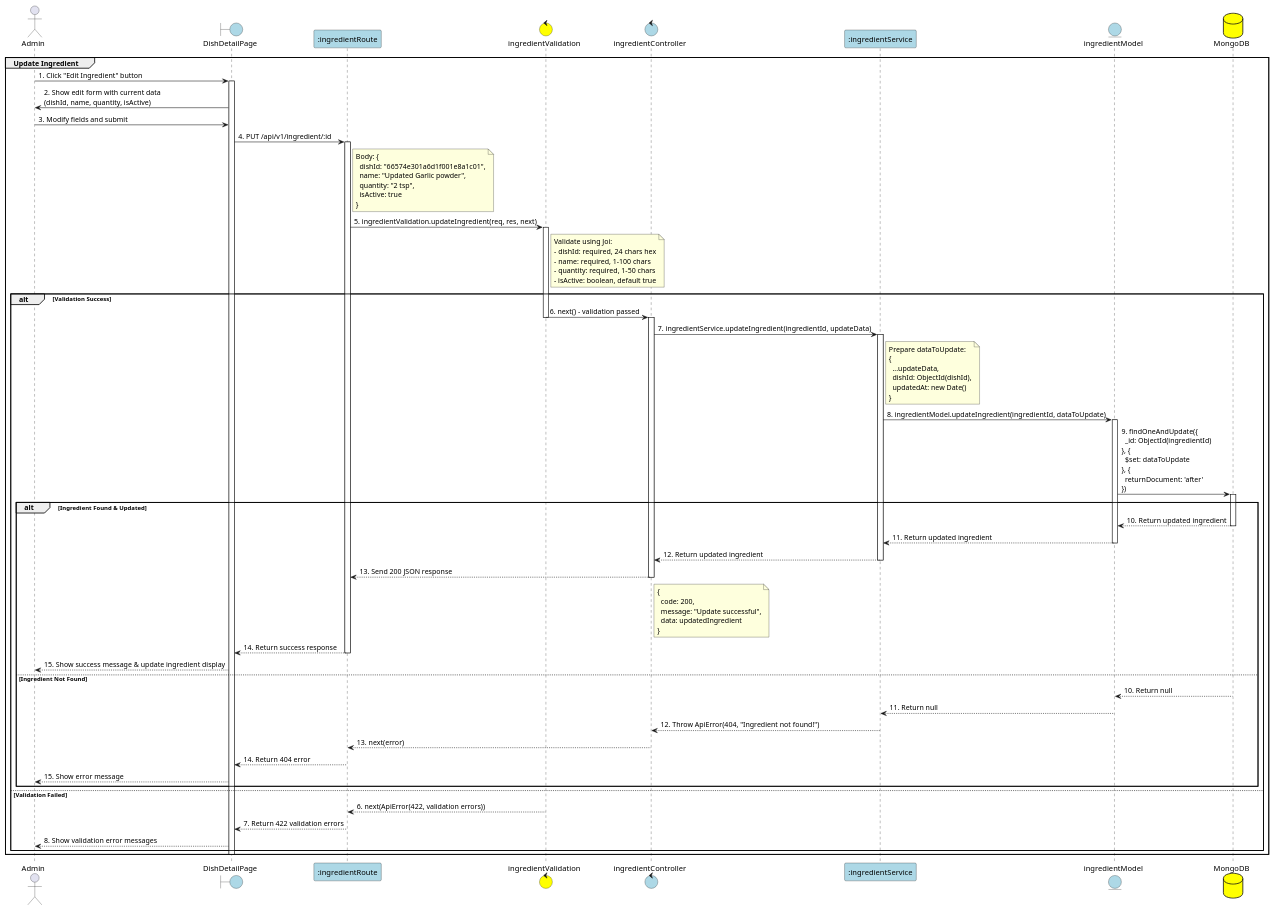
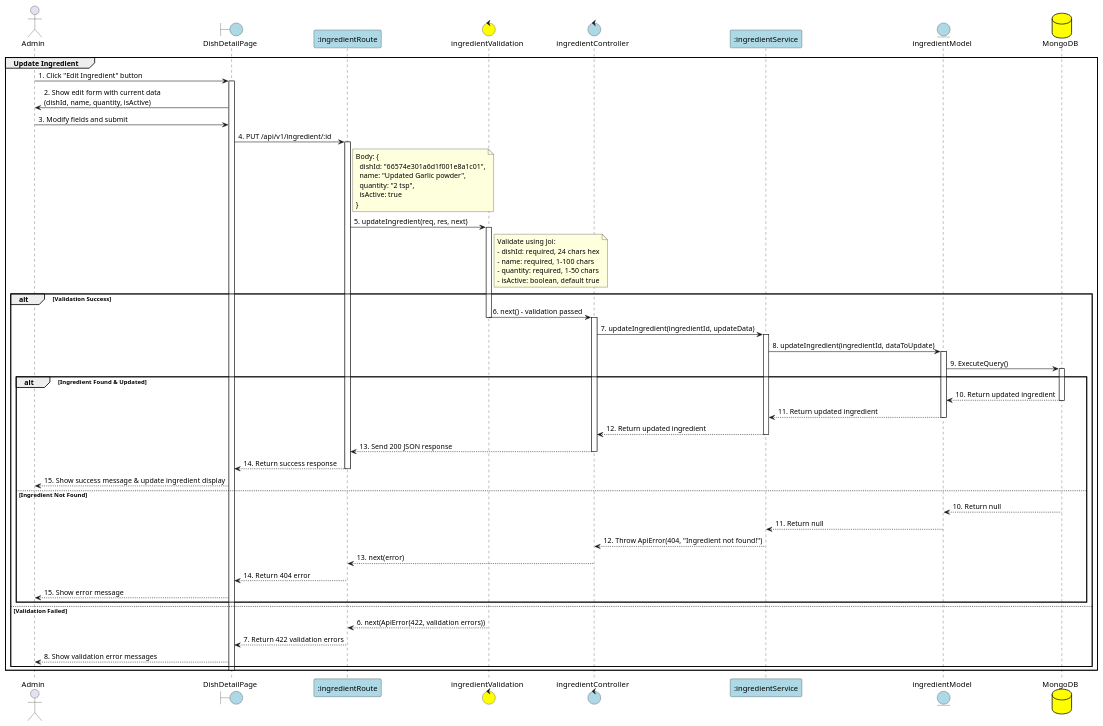
The diagram in PlanUML/26_UpdateIngredient.puml (Aohkne/CaloCook), drawn with PlantUML before and after one commit. The commit also changed 11 other files, not shown here.

```diff
--- a/PlanUML/26_UpdateIngredient.puml
+++ b/PlanUML/26_UpdateIngredient.puml
@@ -1,97 +1,94 @@
 @startuml UpdateIngredient
 
 actor "Admin" as Admin
 boundary "DishDetailPage" as View #lightblue
 participant ":ingredientRoute" as Route #lightblue
 control "ingredientValidation" as Validation #yellow
 control "ingredientController" as Controller #lightblue
 participant ":ingredientService" as Service #lightblue
 entity "ingredientModel" as IngredientModel #lightblue
 database "MongoDB" as MongoDB #yellow
 
 group Update Ingredient
 
 Admin -> View: 1. Click "Edit Ingredient" button
 activate View
 
 View -> Admin: 2. Show edit form with current data\n(dishId, name, quantity, isActive)
 
 Admin -> View: 3. Modify fields and submit
 View -> Route: 4. PUT /api/v1/ingredient/:id
 activate Route
 
 note right of Route: Body: {\n  dishId: "66574e301a6d1f001e8a1c01",\n  name: "Updated Garlic powder",\n  quantity: "2 tsp",\n  isActive: true\n}
 
-Route -> Validation: 5. ingredientValidation.updateIngredient(req, res, next)
+Route -> Validation: 5. updateIngredient(req, res, next)
 activate Validation
 
 note right of Validation: Validate using Joi:\n- dishId: required, 24 chars hex\n- name: required, 1-100 chars\n- quantity: required, 1-50 chars\n- isActive: boolean, default true
 
 alt Validation Success
     Validation -> Controller: 6. next() - validation passed
     deactivate Validation
     
     activate Controller
-    Controller -> Service: 7. ingredientService.updateIngredient(ingredientId, updateData)
+    Controller -> Service: 7. updateIngredient(ingredientId, updateData)
     activate Service
     
-    note right of Service: Prepare dataToUpdate:\n{\n  ...updateData,\n  dishId: ObjectId(dishId),\n  updatedAt: new Date()\n}
-    
-    Service -> IngredientModel: 8. ingredientModel.updateIngredient(ingredientId, dataToUpdate)
+    Service -> IngredientModel: 8. updateIngredient(ingredientId, dataToUpdate)
     activate IngredientModel
     
-    IngredientModel -> MongoDB: 9. findOneAndUpdate({\n  _id: ObjectId(ingredientId)\n}, {\n  $set: dataToUpdate\n}, {\n  returnDocument: 'after'\n})
+    IngredientModel -> MongoDB: 9. ExecuteQuery()
     activate MongoDB
     
     alt Ingredient Found & Updated
         MongoDB --> IngredientModel: 10. Return updated ingredient
         deactivate MongoDB
         
         IngredientModel --> Service: 11. Return updated ingredient
         deactivate IngredientModel
         
         Service --> Controller: 12. Return updated ingredient
         deactivate Service
         
         Controller --> Route: 13. Send 200 JSON response
-        note right of Controller: {\n  code: 200,\n  message: "Update successful",\n  data: updatedIngredient\n}
         deactivate Controller
         
         Route --> View: 14. Return success response
         deactivate Route
         
         View --> Admin: 15. Show success message & update ingredient display
         
     else Ingredient Not Found
         MongoDB --> IngredientModel: 10. Return null
         deactivate MongoDB
         
         IngredientModel --> Service: 11. Return null
         deactivate IngredientModel
         
         Service --> Controller: 12. Throw ApiError(404, "Ingredient not found!")
         deactivate Service
         
         Controller --> Route: 13. next(error)
         deactivate Controller
         
         Route --> View: 14. Return 404 error
         deactivate Route
         
         View --> Admin: 15. Show error message
     end
     
 else Validation Failed
     Validation --> Route: 6. next(ApiError(422, validation errors))
     deactivate Validation
     
     Route --> View: 7. Return 422 validation errors
     deactivate Route
     
     View --> Admin: 8. Show validation error messages
 end
 
 deactivate View
 end
 
 @enduml
```
